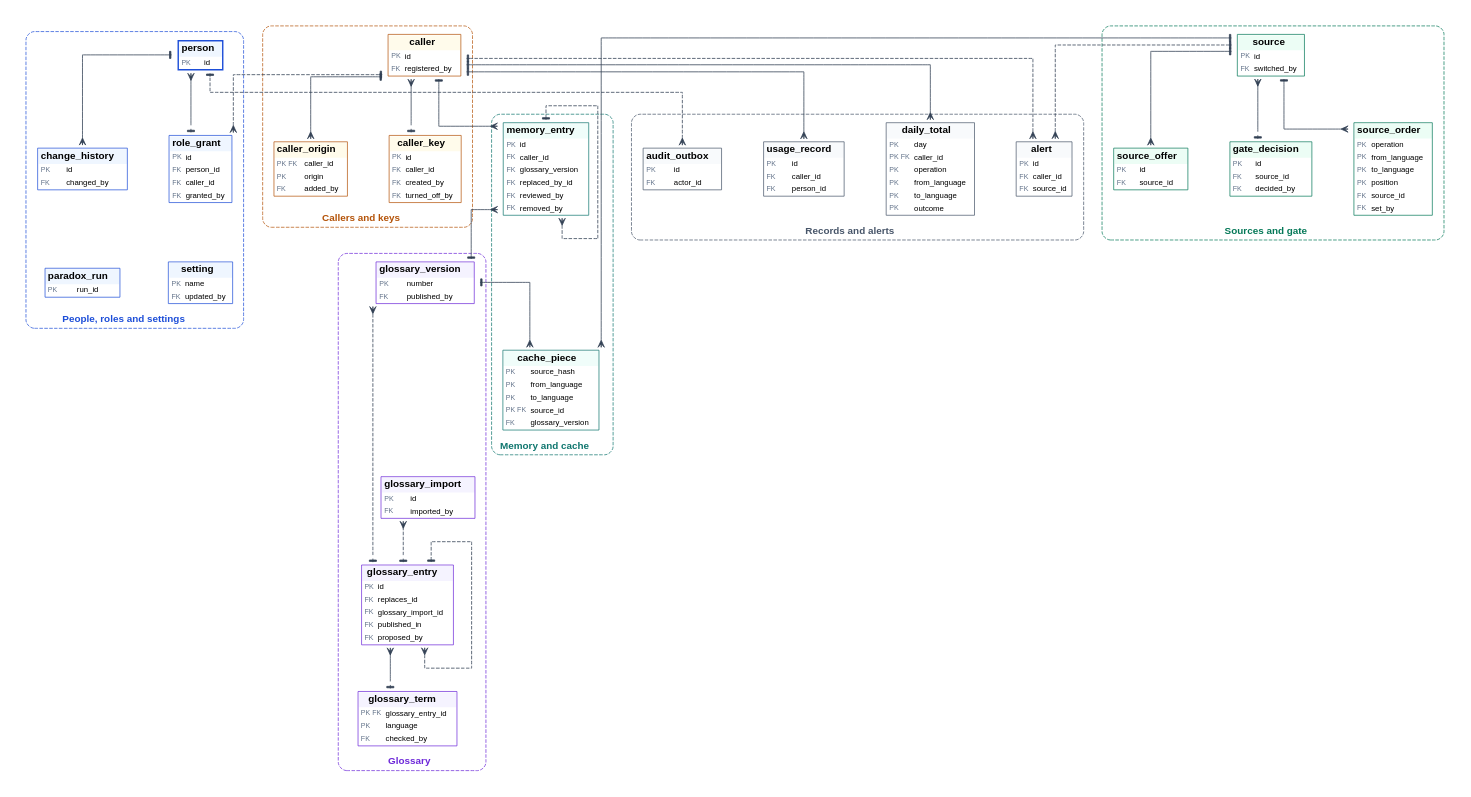
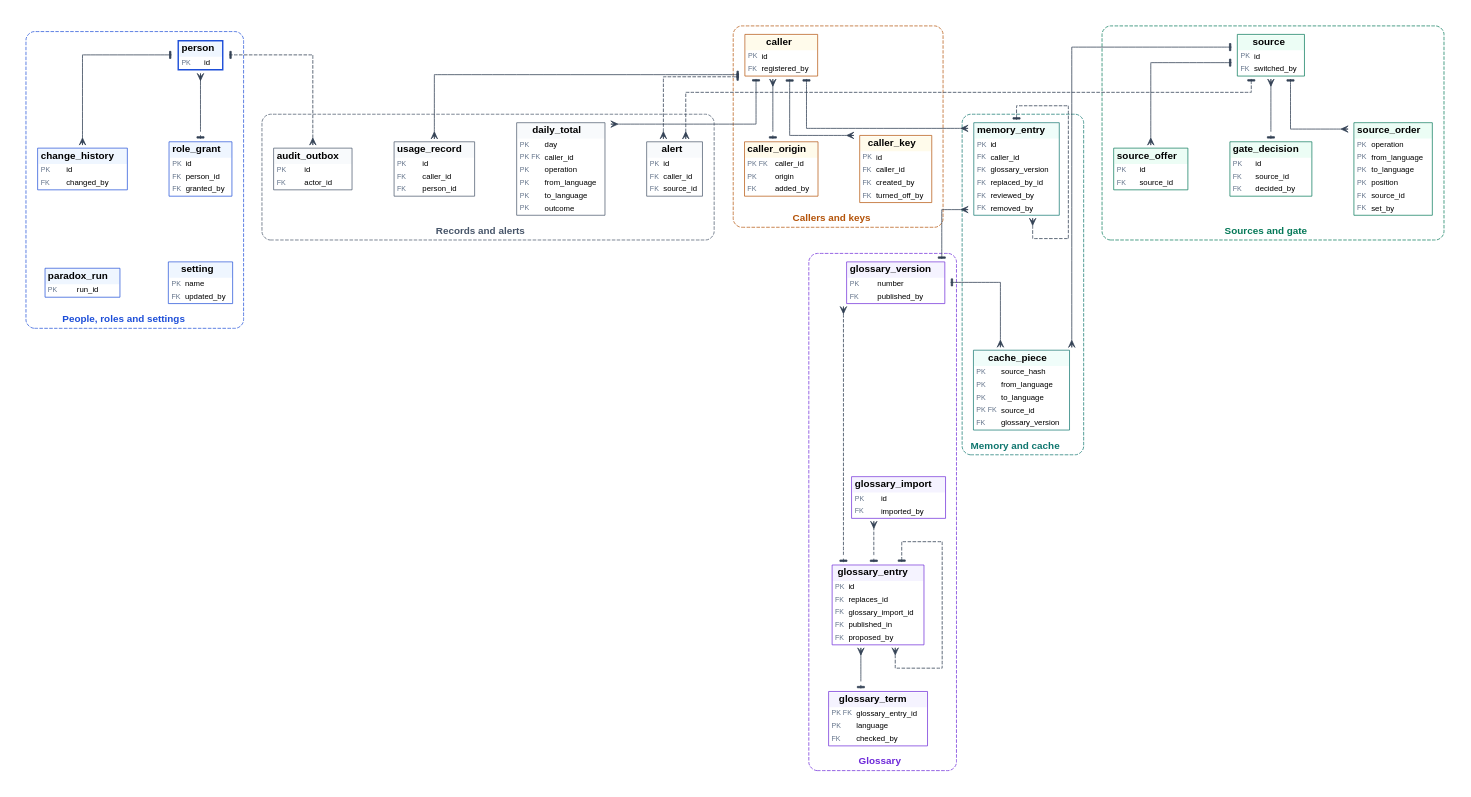
One commit to Rumeasiyan/rosetta changed the diagram in docs/diagrams/rosetta-erd.dot. Above: the diagram before and after it, drawn with Graphviz. The commit also changed 5 other files, not shown here.

```diff
--- a/docs/diagrams/rosetta-erd.dot
+++ b/docs/diagrams/rosetta-erd.dot
@@ -6,7 +6,7 @@
   subgraph cluster_people {
     label=<<B>People, roles and settings</B>>; style="dashed,rounded"; color="#1d4ed8"; fontcolor="#1d4ed8"; fontsize=14;
     person [label=<<TABLE BORDER="2" CELLBORDER="0" CELLSPACING="0" CELLPADDING="3" COLOR="#1d4ed8" BGCOLOR="white"><TR><TD COLSPAN="2" BGCOLOR="#eff6ff"><B>person</B></TD></TR><TR><TD ALIGN="LEFT"><FONT POINT-SIZE="10" COLOR="#64748b">PK</FONT></TD><TD ALIGN="LEFT"><FONT POINT-SIZE="11">id</FONT></TD></TR></TABLE>>];
-    role_grant [label=<<TABLE BORDER="1" CELLBORDER="0" CELLSPACING="0" CELLPADDING="3" COLOR="#1d4ed8" BGCOLOR="white"><TR><TD COLSPAN="2" BGCOLOR="#eff6ff"><B>role_grant</B></TD></TR><TR><TD ALIGN="LEFT"><FONT POINT-SIZE="10" COLOR="#64748b">PK</FONT></TD><TD ALIGN="LEFT"><FONT POINT-SIZE="11">id</FONT></TD></TR><TR><TD ALIGN="LEFT"><FONT POINT-SIZE="10" COLOR="#64748b">FK</FONT></TD><TD ALIGN="LEFT"><FONT POINT-SIZE="11">person_id</FONT></TD></TR><TR><TD ALIGN="LEFT"><FONT POINT-SIZE="10" COLOR="#64748b">FK</FONT></TD><TD ALIGN="LEFT"><FONT POINT-SIZE="11">caller_id</FONT></TD></TR><TR><TD ALIGN="LEFT"><FONT POINT-SIZE="10" COLOR="#64748b">FK</FONT></TD><TD ALIGN="LEFT"><FONT POINT-SIZE="11">granted_by</FONT></TD></TR></TABLE>>];
+    role_grant [label=<<TABLE BORDER="1" CELLBORDER="0" CELLSPACING="0" CELLPADDING="3" COLOR="#1d4ed8" BGCOLOR="white"><TR><TD COLSPAN="2" BGCOLOR="#eff6ff"><B>role_grant</B></TD></TR><TR><TD ALIGN="LEFT"><FONT POINT-SIZE="10" COLOR="#64748b">PK</FONT></TD><TD ALIGN="LEFT"><FONT POINT-SIZE="11">id</FONT></TD></TR><TR><TD ALIGN="LEFT"><FONT POINT-SIZE="10" COLOR="#64748b">FK</FONT></TD><TD ALIGN="LEFT"><FONT POINT-SIZE="11">person_id</FONT></TD></TR><TR><TD ALIGN="LEFT"><FONT POINT-SIZE="10" COLOR="#64748b">FK</FONT></TD><TD ALIGN="LEFT"><FONT POINT-SIZE="11">granted_by</FONT></TD></TR></TABLE>>];
     setting [label=<<TABLE BORDER="1" CELLBORDER="0" CELLSPACING="0" CELLPADDING="3" COLOR="#1d4ed8" BGCOLOR="white"><TR><TD COLSPAN="2" BGCOLOR="#eff6ff"><B>setting</B></TD></TR><TR><TD ALIGN="LEFT"><FONT POINT-SIZE="10" COLOR="#64748b">PK</FONT></TD><TD ALIGN="LEFT"><FONT POINT-SIZE="11">name</FONT></TD></TR><TR><TD ALIGN="LEFT"><FONT POINT-SIZE="10" COLOR="#64748b">FK</FONT></TD><TD ALIGN="LEFT"><FONT POINT-SIZE="11">updated_by</FONT></TD></TR></TABLE>>];
     change_history [label=<<TABLE BORDER="1" CELLBORDER="0" CELLSPACING="0" CELLPADDING="3" COLOR="#1d4ed8" BGCOLOR="white"><TR><TD COLSPAN="2" BGCOLOR="#eff6ff"><B>change_history</B></TD></TR><TR><TD ALIGN="LEFT"><FONT POINT-SIZE="10" COLOR="#64748b">PK</FONT></TD><TD ALIGN="LEFT"><FONT POINT-SIZE="11">id</FONT></TD></TR><TR><TD ALIGN="LEFT"><FONT POINT-SIZE="10" COLOR="#64748b">FK</FONT></TD><TD ALIGN="LEFT"><FONT POINT-SIZE="11">changed_by</FONT></TD></TR></TABLE>>];
     paradox_run [label=<<TABLE BORDER="1" CELLBORDER="0" CELLSPACING="0" CELLPADDING="3" COLOR="#1d4ed8" BGCOLOR="white"><TR><TD COLSPAN="2" BGCOLOR="#eff6ff"><B>paradox_run</B></TD></TR><TR><TD ALIGN="LEFT"><FONT POINT-SIZE="10" COLOR="#64748b">PK</FONT></TD><TD ALIGN="LEFT"><FONT POINT-SIZE="11">run_id</FONT></TD></TR></TABLE>>];
@@ -50,7 +50,6 @@
   setting -> role_grant [style=invis];
   paradox_run -> change_history [style=invis];
   role_grant -> person [];
-  role_grant -> caller [style=dashed];
   change_history -> person [];
   audit_outbox -> person [style=dashed];
   caller_key -> caller [];
```
